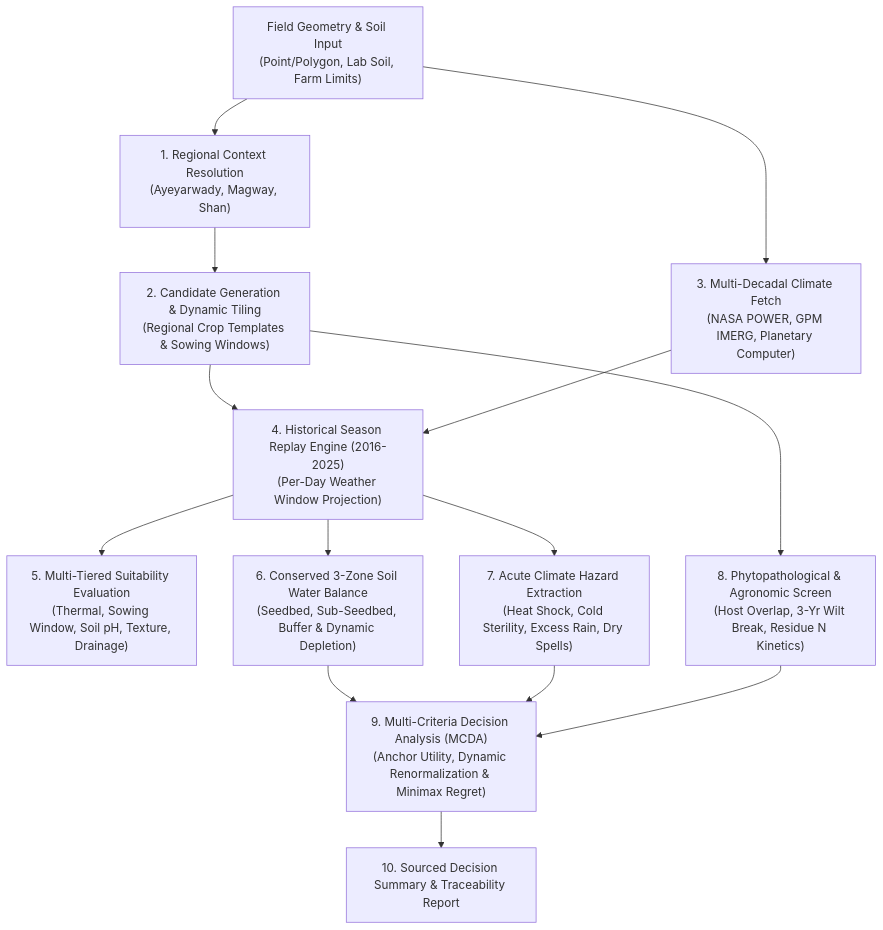
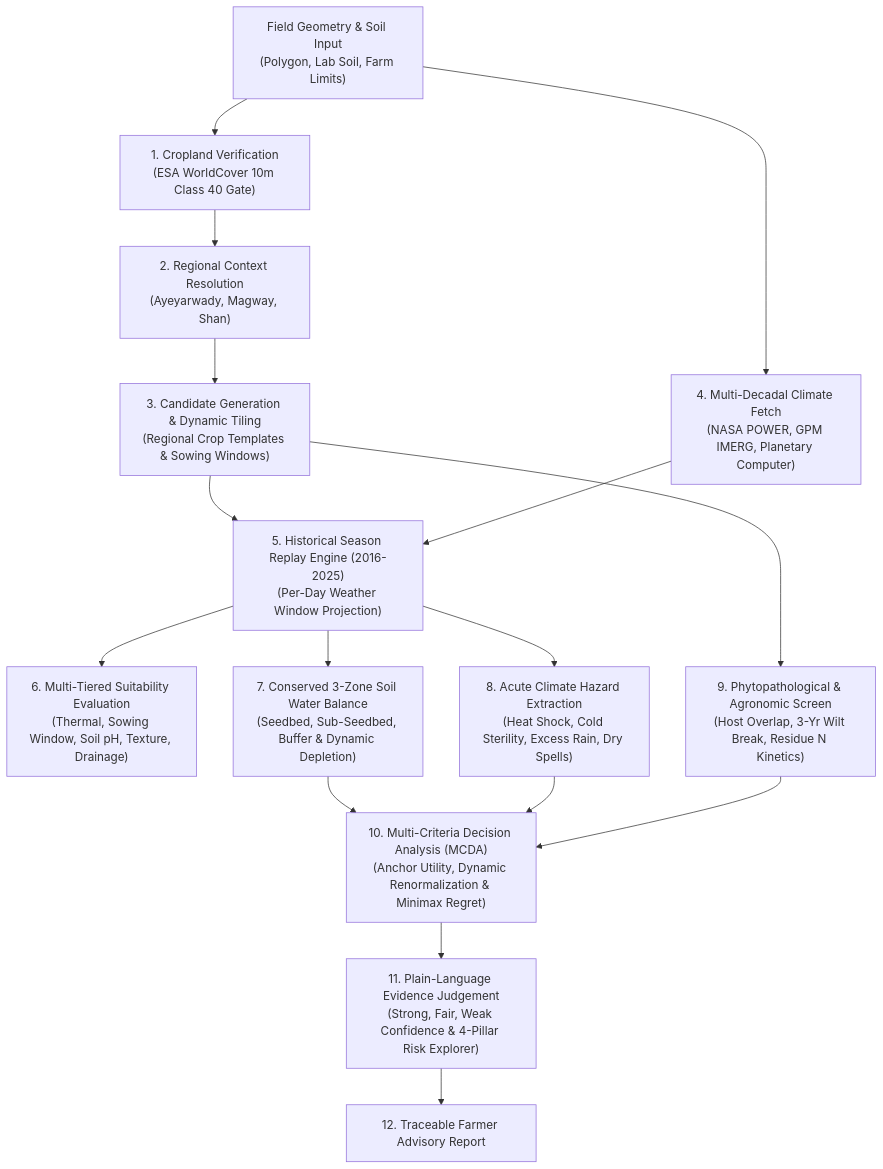
One commit to wintkhantlin/NasaFarmingApp changed the second of 2 diagrams in whitepaper.md. Above: the diagram before and after it, drawn with Mermaid. The commit also changed other lines of this file and 14 other files, not shown here.

Commit message:
Enhance Field Shift Whitepaper: Update validation details, refine system architecture, and integrate new algorithms for evidence judgement and risk assessment. Added empirical audit results and improved clarity on data sources and methodologies.

````diff
--- a/whitepaper.md
+++ b/whitepaper.md
@@ -99,13 +109,15 @@
 ```mermaid
 flowchart TD
-    In["Field Geometry & Soil Input\n(Point/Polygon, Lab Soil, Farm Limits)"] --> Reg["1. Regional Context Resolution\n(Ayeyarwady, Magway, Shan)"]
-    Reg --> Cand["2. Candidate Generation & Dynamic Tiling\n(Regional Crop Templates & Sowing Windows)"]
-    In --> Weather["3. Multi-Decadal Climate Fetch\n(NASA POWER, GPM IMERG, Planetary Computer)"]
-    Cand & Weather --> Sim["4. Historical Season Replay Engine (2016-2025)\n(Per-Day Weather Window Projection)"]
-    Sim --> Suit["5. Multi-Tiered Suitability Evaluation\n(Thermal, Sowing Window, Soil pH, Texture, Drainage)"]
-    Sim --> Hydro["6. Conserved 3-Zone Soil Water Balance\n(Seedbed, Sub-Seedbed, Buffer & Dynamic Depletion)"]
-    Sim --> Haz["7. Acute Climate Hazard Extraction\n(Heat Shock, Cold Sterility, Excess Rain, Dry Spells)"]
-    Cand --> Phyto["8. Phytopathological & Agronomic Screen\n(Host Overlap, 3-Yr Wilt Break, Residue N Kinetics)"]
-    Hydro & Haz & Phyto --> Score["9. Multi-Criteria Decision Analysis (MCDA)\n(Anchor Utility, Dynamic Renormalization & Minimax Regret)"]
-    Score --> Out["10. Sourced Decision Summary & Traceability Report"]
+    In["Field Geometry & Soil Input\n(Polygon, Lab Soil, Farm Limits)"] --> Mask["1. Cropland Verification\n(ESA WorldCover 10m Class 40 Gate)"]
+    Mask --> Reg["2. Regional Context Resolution\n(Ayeyarwady, Magway, Shan)"]
+    Reg --> Cand["3. Candidate Generation & Dynamic Tiling\n(Regional Crop Templates & Sowing Windows)"]
+    In --> Weather["4. Multi-Decadal Climate Fetch\n(NASA POWER, GPM IMERG, Planetary Computer)"]
+    Cand & Weather --> Sim["5. Historical Season Replay Engine (2016-2025)\n(Per-Day Weather Window Projection)"]
+    Sim --> Suit["6. Multi-Tiered Suitability Evaluation\n(Thermal, Sowing Window, Soil pH, Texture, Drainage)"]
+    Sim --> Hydro["7. Conserved 3-Zone Soil Water Balance\n(Seedbed, Sub-Seedbed, Buffer & Dynamic Depletion)"]
+    Sim --> Haz["8. Acute Climate Hazard Extraction\n(Heat Shock, Cold Sterility, Excess Rain, Dry Spells)"]
+    Cand --> Phyto["9. Phytopathological & Agronomic Screen\n(Host Overlap, 3-Yr Wilt Break, Residue N Kinetics)"]
+    Hydro & Haz & Phyto --> Score["10. Multi-Criteria Decision Analysis (MCDA)\n(Anchor Utility, Dynamic Renormalization & Minimax Regret)"]
+    Score --> Judge["11. Plain-Language Evidence Judgement\n(Strong, Fair, Weak Confidence & 4-Pillar Risk Explorer)"]
+    Judge --> Out["12. Traceable Farmer Advisory Report"]
 ```
````
